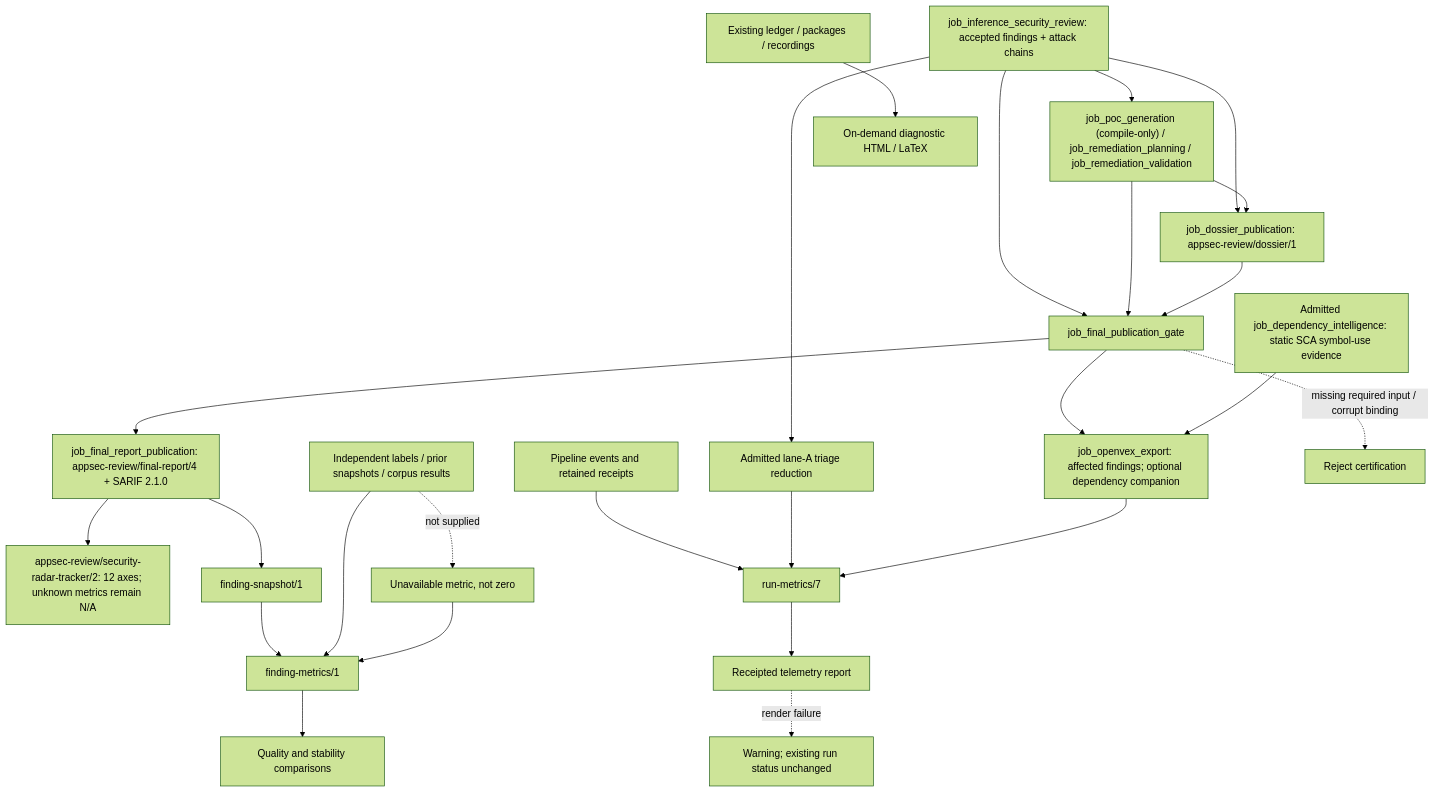
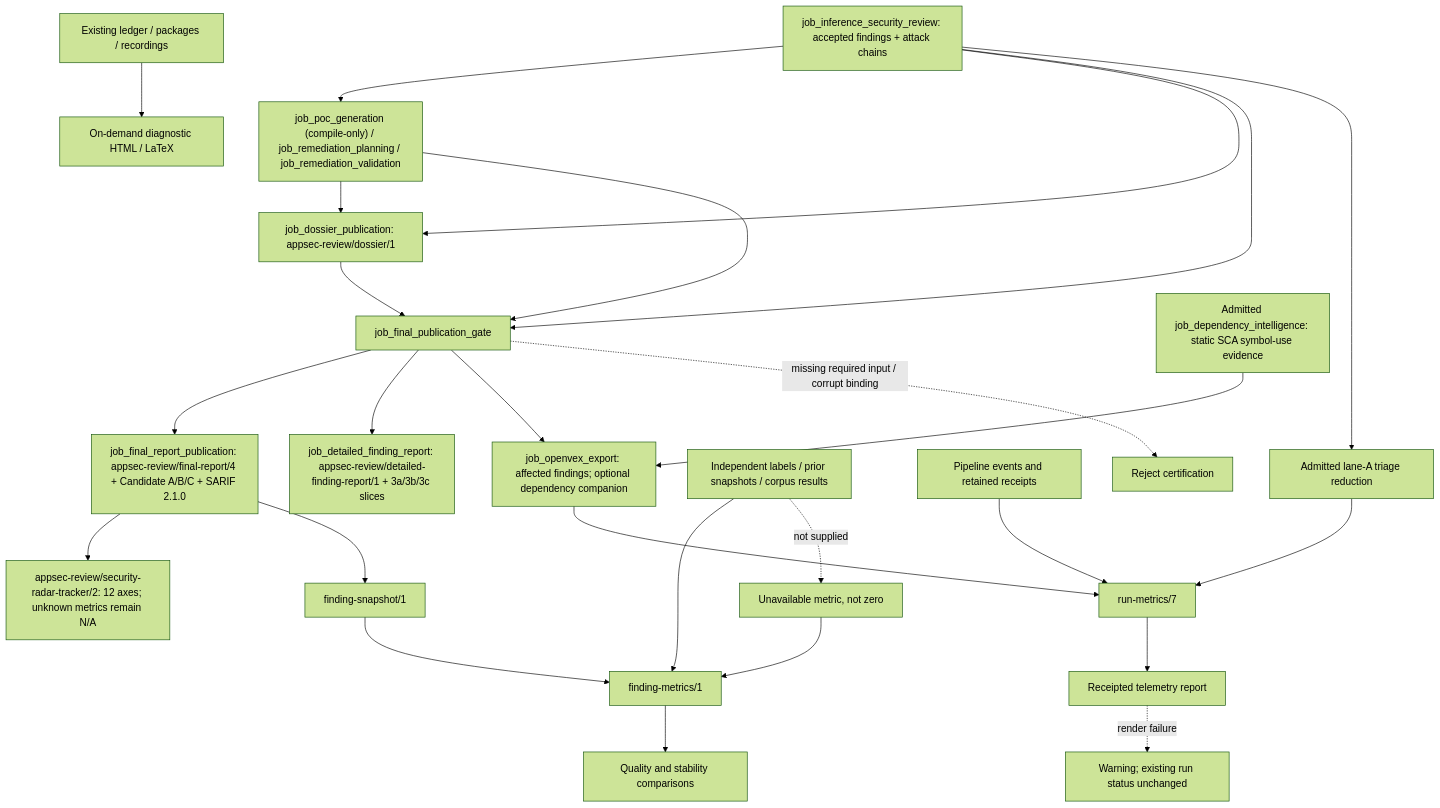
Before and after one commit to wsollers/appsec-review: the diagram in docs/architecture/reporting-and-metrics.md, drawn with Mermaid (forest theme). The commit also changed other lines of this file and 358 other files, not shown here.

````diff
--- a/docs/architecture/reporting-and-metrics.md
+++ b/docs/architecture/reporting-and-metrics.md
@@ -334,27 +348,28 @@
 ```mermaid
 flowchart TD
   review["job_inference_security_review: accepted findings + attack chains"] --> engineering["job_poc_generation (compile-only) / job_remediation_planning / job_remediation_validation"]
   review --> dossiers["job_dossier_publication: appsec-review/dossier/1"]
   engineering --> dossiers
   review --> gate["job_final_publication_gate"]
   engineering --> gate
   dossiers --> gate
-  gate --> report["job_final_report_publication: appsec-review/final-report/4 + SARIF 2.1.0"]
+  gate --> report["job_final_report_publication: appsec-review/final-report/4 + Candidate A/B/C + SARIF 2.1.0"]
   report --> radar["appsec-review/security-radar-tracker/2: 12 axes; unknown metrics remain N/A"]
+  gate --> dfr["job_detailed_finding_report: appsec-review/detailed-finding-report/1 + 3a/3b/3c slices"]
   gate --> vex["job_openvex_export: affected findings; optional dependency companion"]
   dependencies["Admitted job_dependency_intelligence: static SCA symbol-use evidence"] --> vex
   report --> snapshot["finding-snapshot/1"]
   snapshot --> scorecard["finding-metrics/1"]
   independent["Independent labels / prior snapshots / corpus results"] --> scorecard
   scorecard --> trends["Quality and stability comparisons"]
   events["Pipeline events and retained receipts"] --> metrics["run-metrics/7"]
   review --> triage["Admitted lane-A triage reduction"]
   triage --> metrics
   vex --> metrics
   metrics --> telemetry["Receipted telemetry report"]
   diagnostic["Existing ledger / packages / recordings"] --> view["On-demand diagnostic HTML / LaTeX"]
   gate -. "missing required input / corrupt binding" .-> reject["Reject certification"]
   independent -. "not supplied" .-> unknown["Unavailable metric, not zero"]
   unknown --> scorecard
   telemetry -. "render failure" .-> warning["Warning; existing run status unchanged"]
 ```
````
